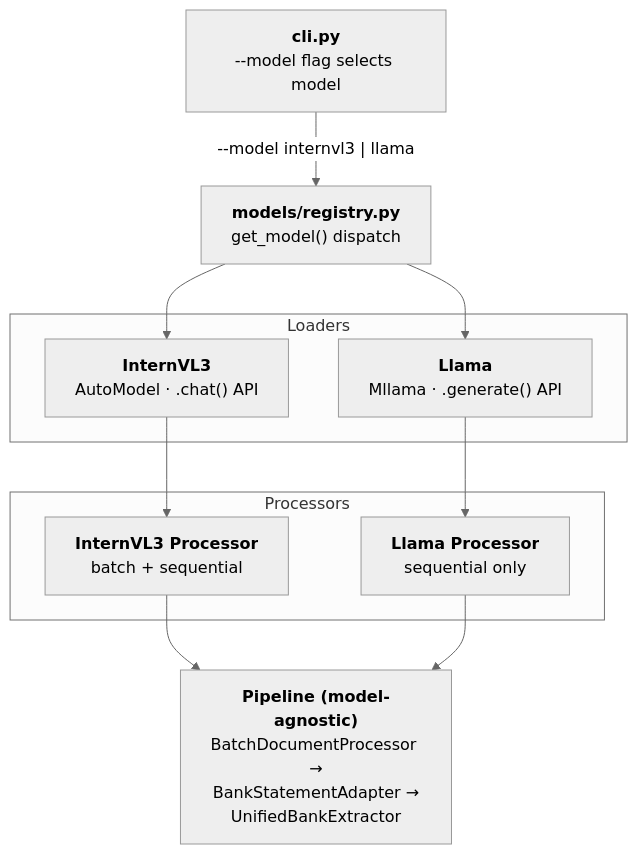
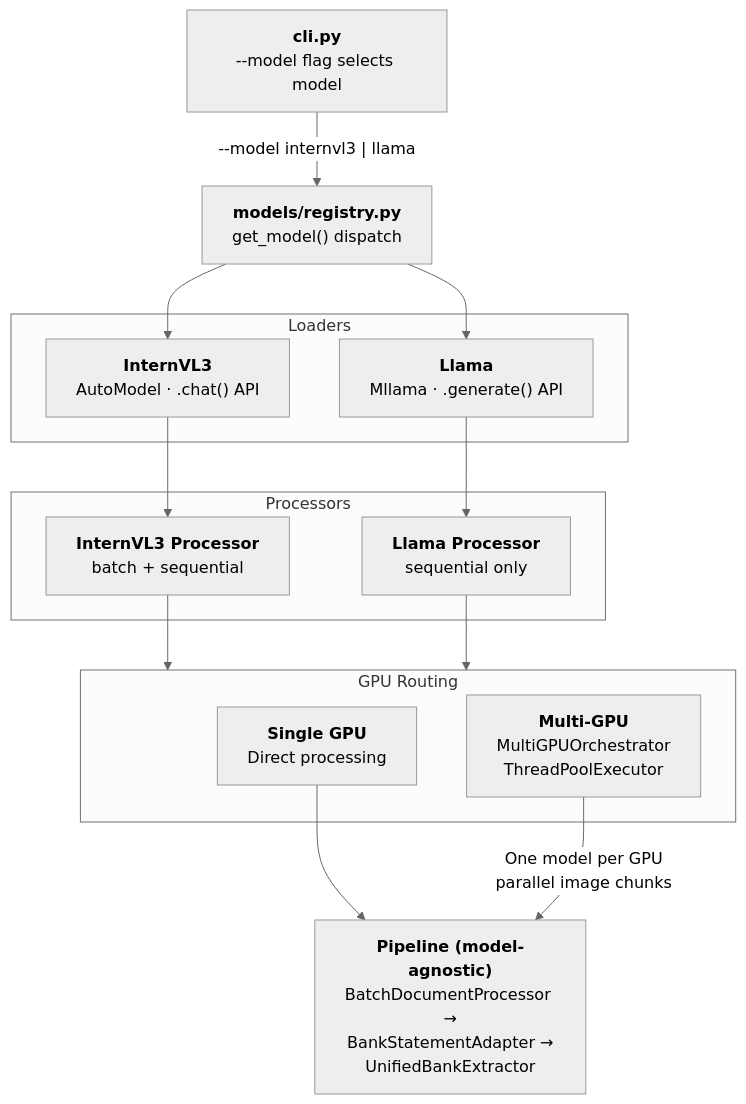
The first of 5 diagrams in README.md (tmnestor/LMM_POC), drawn with Mermaid (neutral theme) before and after one commit. The commit also changed other lines of this file and 3 other files, not shown here.

Commit message:
📝 docs: add multi-GPU parallel processing documentation

````diff
--- a/README.md
+++ b/README.md
@@ -16,28 +16,36 @@
 ```mermaid
 graph TD
     CLI["<b>cli.py</b><br/>--model flag selects model"]
     REG["<b>models/registry.py</b><br/>get_model() dispatch"]
 
     CLI -->|"--model internvl3 | llama"| REG
 
     subgraph Loaders
         IVL_LOAD["<b>InternVL3</b><br/>AutoModel · .chat() API"]
         LLAMA_LOAD["<b>Llama</b><br/>Mllama · .generate() API"]
     end
 
     REG --> IVL_LOAD
     REG --> LLAMA_LOAD
 
     subgraph Processors
         IVL_PROC["<b>InternVL3 Processor</b><br/>batch + sequential"]
         LLAMA_PROC["<b>Llama Processor</b><br/>sequential only"]
     end
 
     IVL_LOAD --> IVL_PROC
     LLAMA_LOAD --> LLAMA_PROC
 
+    subgraph GPU["GPU Routing"]
+        SINGLE["<b>Single GPU</b><br/>Direct processing"]
+        MULTI["<b>Multi-GPU</b><br/>MultiGPUOrchestrator<br/>ThreadPoolExecutor"]
+    end
+
+    IVL_PROC --> GPU
+    LLAMA_PROC --> GPU
+
     PIPELINE["<b>Pipeline (model-agnostic)</b><br/>BatchDocumentProcessor →<br/>BankStatementAdapter →<br/>UnifiedBankExtractor"]
 
-    IVL_PROC --> PIPELINE
-    LLAMA_PROC --> PIPELINE
+    SINGLE --> PIPELINE
+    MULTI -->|"One model per GPU<br/>parallel image chunks"| PIPELINE
 ```
````
